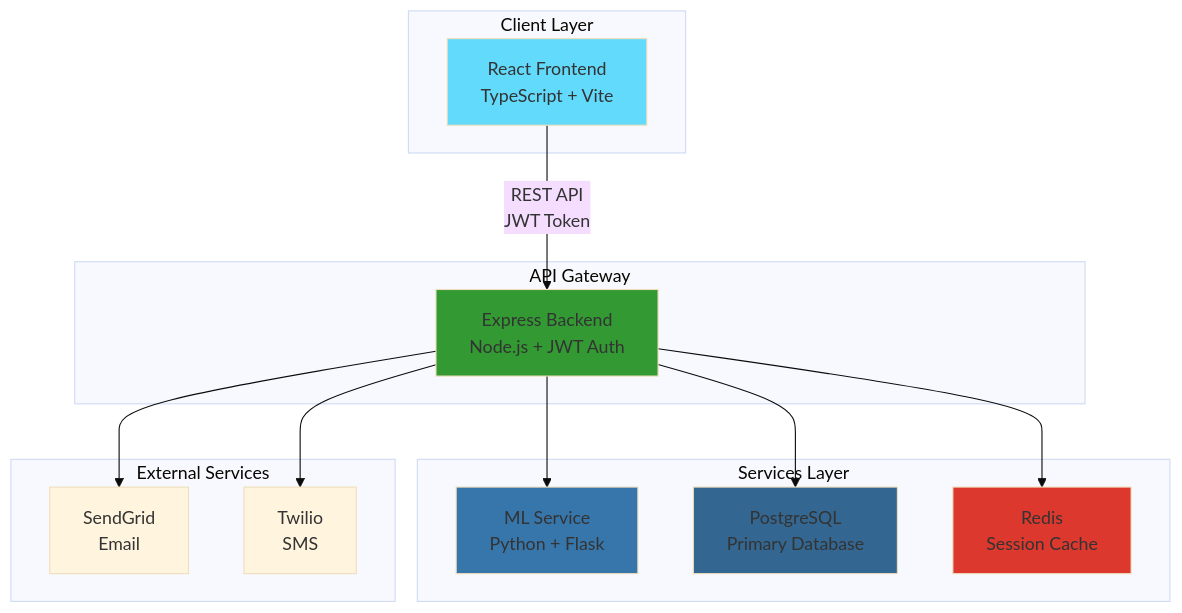
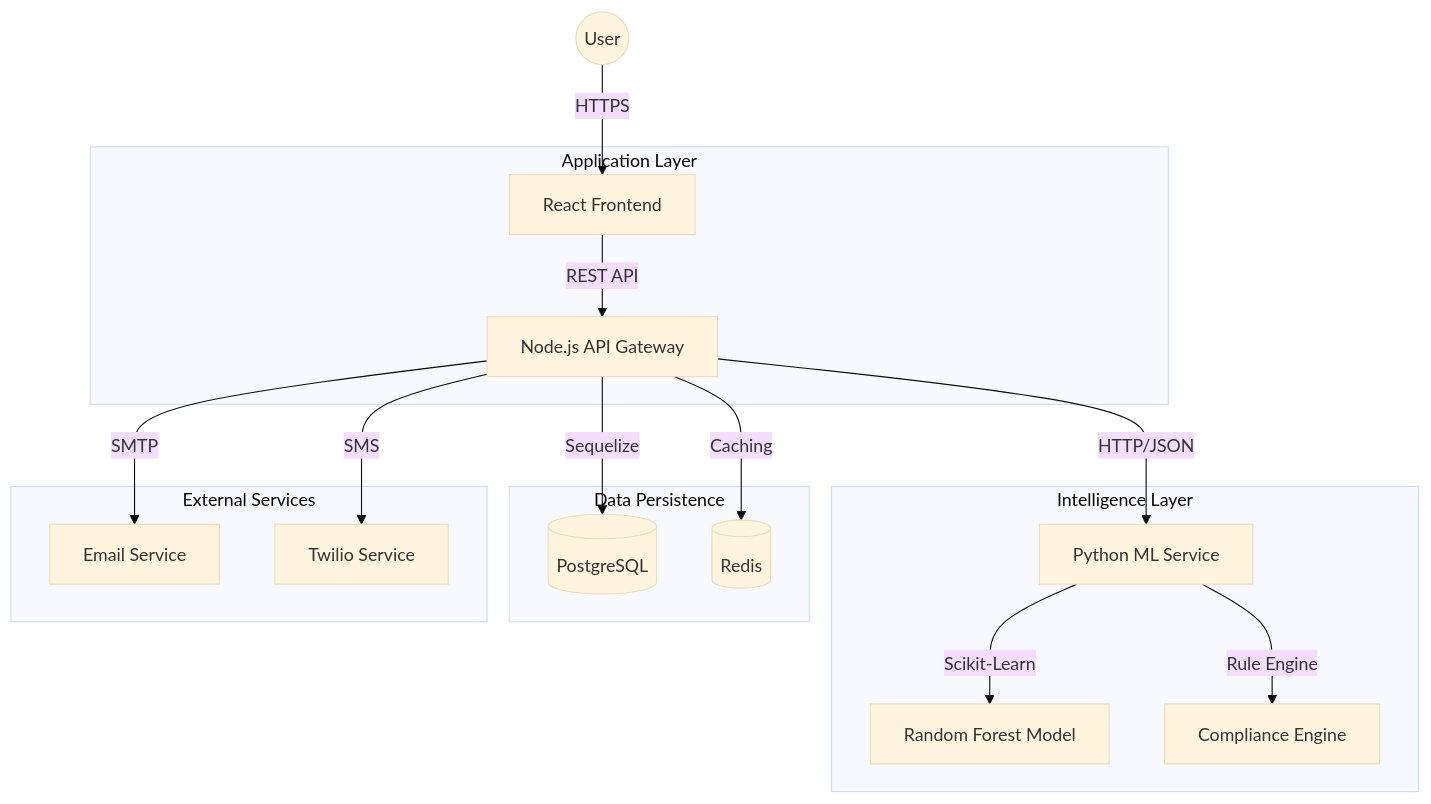
One commit to abisheik687/collectIQ changed the diagram in README.md. Above: the diagram before and after it, drawn with Mermaid (base theme). The commit also changed other lines of this file and 21 other files, not shown here.

Commit message:
feat: Implement core frontend pages including Audit, DCA Portal, Dashboard, Analytics, and Admin Governance, alongside a new backend compliance route and foundational UI components.

````diff
--- a/README.md
+++ b/README.md
@@ -104,34 +49,24 @@
 ```mermaid
-graph TB
-    subgraph "Client Layer"
-        A[React Frontend<br/>TypeScript + Vite]
+graph TD
+    user((User)) -->|HTTPS| fe[React Frontend]
+    
+    subgraph "Application Layer"
+        fe -->|REST API| api[Node.js API Gateway]
     end
     
-    subgraph "API Gateway"
-        B[Express Backend<br/>Node.js + JWT Auth]
+    subgraph "Intelligence Layer"
+        api -->|HTTP/JSON| ml[Python ML Service]
+        ml -->|Scikit-Learn| rf[Random Forest Model]
+        ml -->|Rule Engine| comp[Compliance Engine]
     end
     
-    subgraph "Services Layer"
-        C[ML Service<br/>Python + Flask]
-        D[PostgreSQL<br/>Primary Database]
-        E[Redis<br/>Session Cache]
+    subgraph "Data Persistence"
+        api -->|Sequelize| db[(PostgreSQL)]
+        api -->|Caching| redis[(Redis)]
     end
     
     subgraph "External Services"
-        F[SendGrid<br/>Email]
-        G[Twilio<br/>SMS]
+        api -->|SMTP| email[Email Service]
+        api -->|SMS| sms[Twilio Service]
     end
-    
-    A -->|REST API<br/>JWT Token| B
-    B --> C
-    B --> D
-    B --> E
-    B --> F
-    B --> G
-    
-    style A fill:#61DAFB
-    style B fill:#339933
-    style C fill:#3776AB
-    style D fill:#336791
-    style E fill:#DC382D
 ```
````
